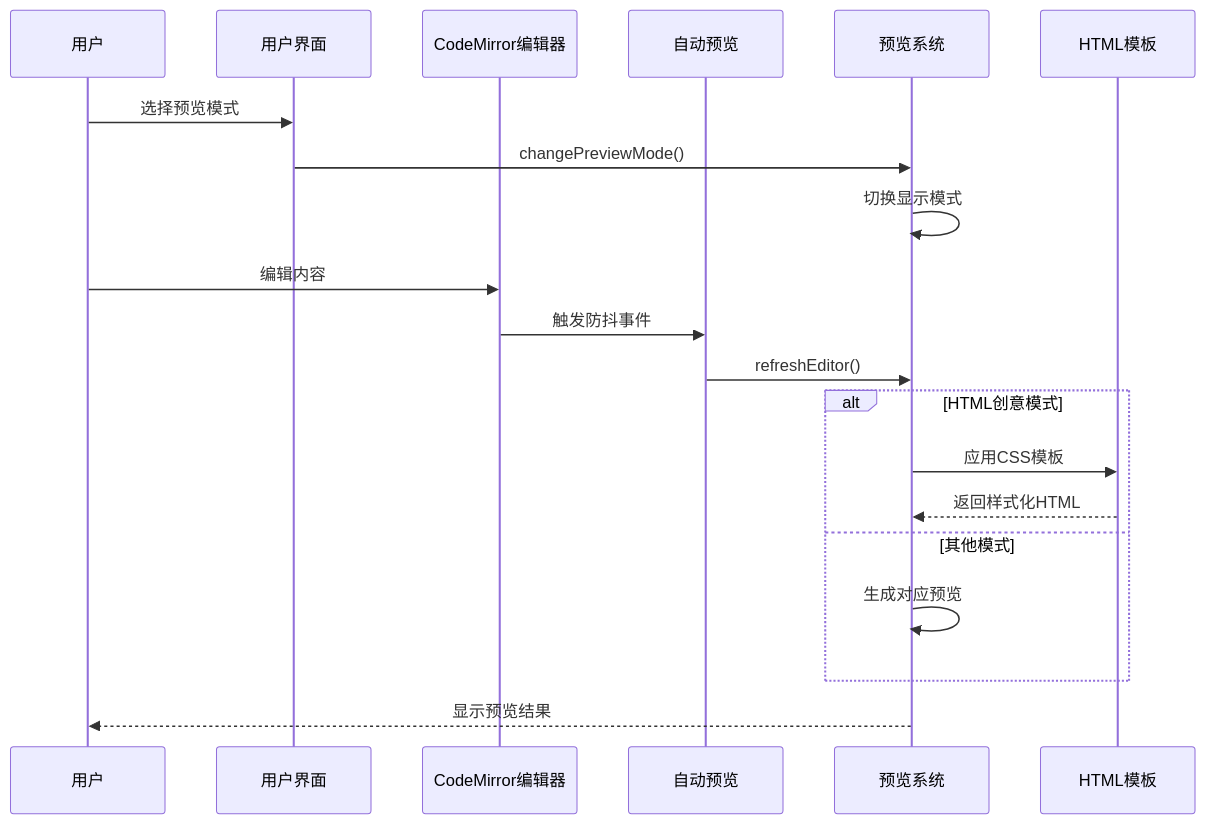
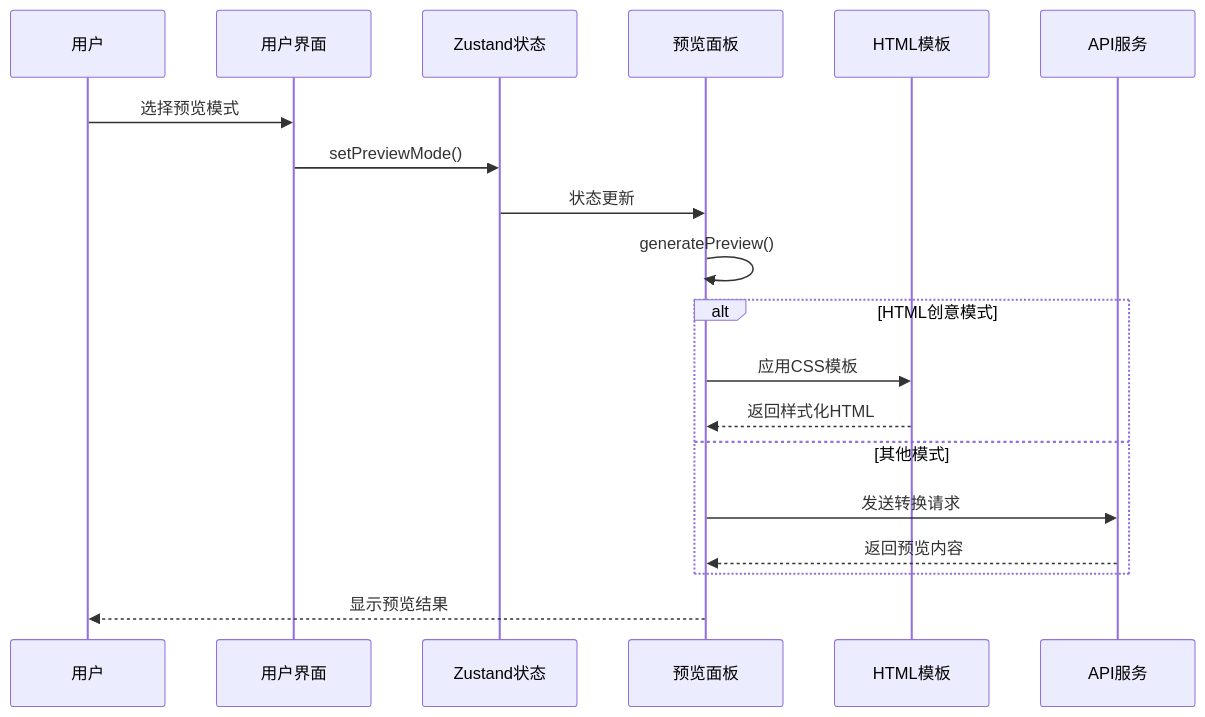
One commit to wanwushelie/markdown-to-word-studio changed the seventh of 12 diagrams in .lingma/repowiki/zh/content/用户指南/前端界面现代化.md. Above: the diagram before and after it, drawn with Mermaid. The commit also changed other lines of this file and 21 other files, not shown here.

````diff
--- a/.lingma/repowiki/zh/content/用户指南/前端界面现代化.md
+++ b/.lingma/repowiki/zh/content/用户指南/前端界面现代化.md
@@ -454,22 +490,21 @@
 ```mermaid
 sequenceDiagram
 participant User as 用户
 participant UI as 用户界面
-participant CM as CodeMirror编辑器
-participant AutoPreview as 自动预览
-participant PreviewSystem as 预览系统
+participant Store as Zustand状态
+participant PreviewPanel as 预览面板
 participant Templates as HTML模板
+participant API as API服务
 User->>UI : 选择预览模式
-UI->>PreviewSystem : changePreviewMode()
-PreviewSystem->>PreviewSystem : 切换显示模式
-User->>CM : 编辑内容
-CM->>AutoPreview : 触发防抖事件
-AutoPreview->>PreviewSystem : refreshEditor()
+UI->>Store : setPreviewMode()
+Store->>PreviewPanel : 状态更新
+PreviewPanel->>PreviewPanel : generatePreview()
 alt HTML创意模式
-PreviewSystem->>Templates : 应用CSS模板
-Templates-->>PreviewSystem : 返回样式化HTML
+PreviewPanel->>Templates : 应用CSS模板
+Templates-->>PreviewPanel : 返回样式化HTML
 else 其他模式
-PreviewSystem->>PreviewSystem : 生成对应预览
+PreviewPanel->>API : 发送转换请求
+API-->>PreviewPanel : 返回预览内容
 end
-PreviewSystem-->>User : 显示预览结果
+PreviewPanel-->>User : 显示预览结果
 ```
````
